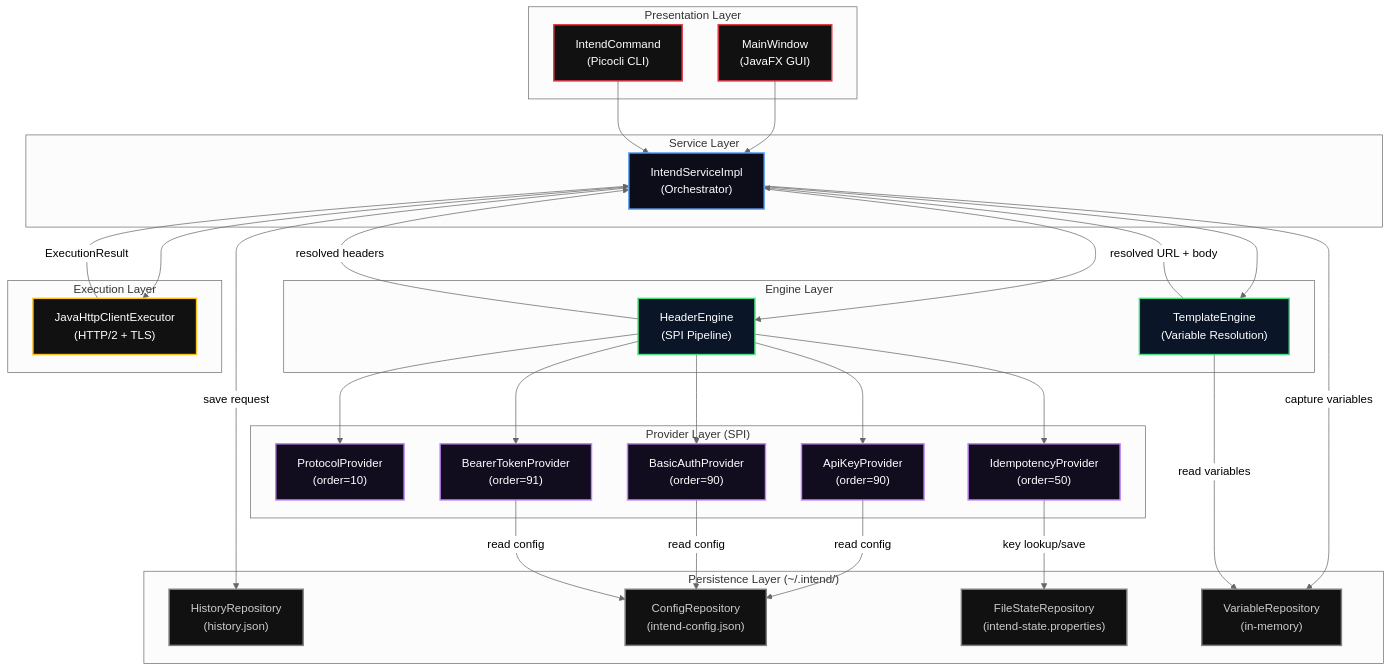
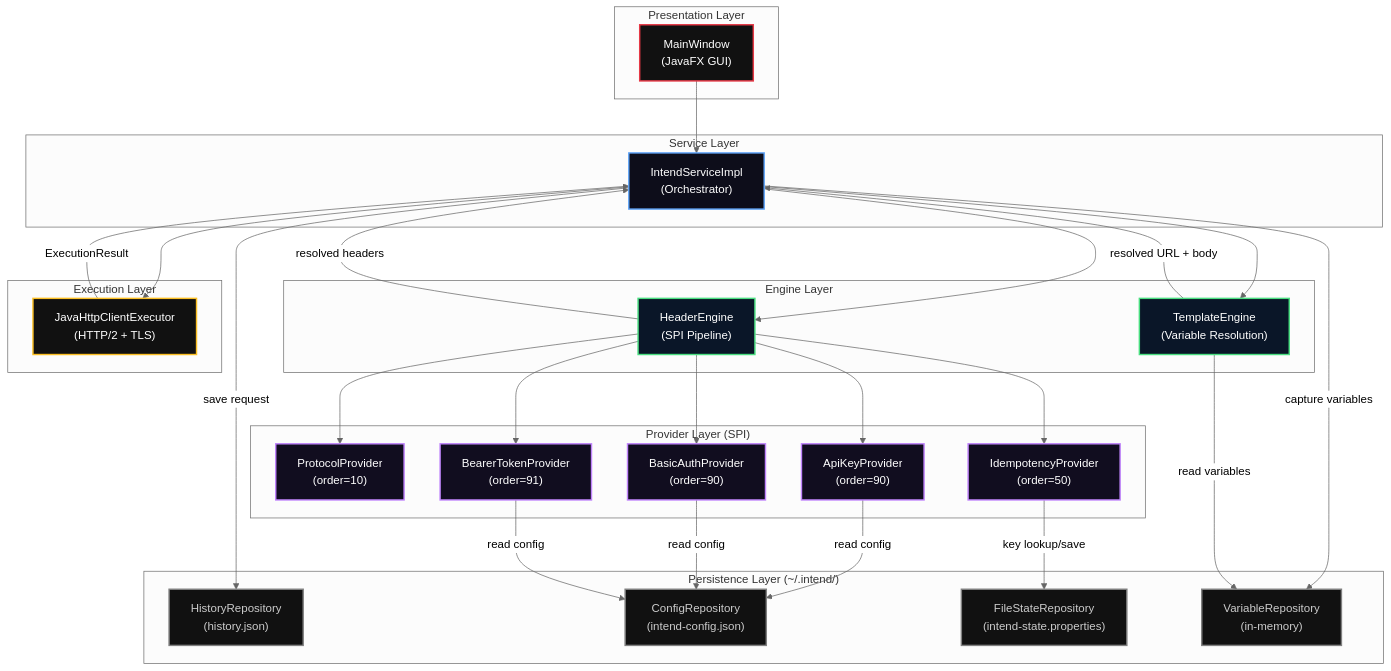
The first of 3 diagrams in docs/HLD.md (Pskuntal1248/http-client-INTEND), drawn with Mermaid (neutral theme) before and after one commit. The commit also changed other lines of this file and 4 other files, not shown here.

````diff
--- a/docs/HLD.md
+++ b/docs/HLD.md
@@ -46,70 +46,68 @@
 ```mermaid
 flowchart TB
     subgraph PRESENTATION["Presentation Layer"]
         MW["MainWindow\n(JavaFX GUI)"]
-        CLI["IntendCommand\n(Picocli CLI)"]
     end
 
     subgraph SERVICE["Service Layer"]
         IS["IntendServiceImpl\n(Orchestrator)"]
     end
 
     subgraph ENGINE["Engine Layer"]
         TE["TemplateEngine\n(Variable Resolution)"]
         HE["HeaderEngine\n(SPI Pipeline)"]
     end
 
     subgraph PROVIDERS["Provider Layer (SPI)"]
         PP["ProtocolProvider\n(order=10)"]
         IP["IdempotencyProvider\n(order=50)"]
         AK["ApiKeyProvider\n(order=90)"]
         BA["BasicAuthProvider\n(order=90)"]
         BT["BearerTokenProvider\n(order=91)"]
     end
 
     subgraph EXECUTION["Execution Layer"]
         RE["JavaHttpClientExecutor\n(HTTP/2 + TLS)"]
     end
 
     subgraph PERSISTENCE["Persistence Layer (~/.intend/)"]
         HR["HistoryRepository\n(history.json)"]
         CR["ConfigRepository\n(intend-config.json)"]
         SR["FileStateRepository\n(intend-state.properties)"]
         VR["VariableRepository\n(in-memory)"]
     end
 
     MW --> IS
-    CLI --> IS
     IS --> TE
     IS --> HE
     IS --> RE
     IS -->|"save request"| HR
     IS -->|"capture variables"| VR
     TE -->|"resolved URL + body"| IS
     TE -->|"read variables"| VR
     HE --> PP
     HE --> IP
     HE --> AK
     HE --> BA
     HE --> BT
     HE -->|"resolved headers"| IS
     RE -->|"ExecutionResult"| IS
     IP -->|"key lookup/save"| SR
     AK -->|"read config"| CR
     BA -->|"read config"| CR
     BT -->|"read config"| CR
 
     classDef guiStyle fill:#111111,stroke:#E63946,stroke-width:2px,color:#ffffff
     classDef serviceStyle fill:#0d0d1a,stroke:#60A5FA,stroke-width:2px,color:#ffffff
     classDef engineStyle fill:#0a1628,stroke:#4ADE80,stroke-width:2px,color:#ffffff
     classDef providerStyle fill:#110d1f,stroke:#C084FC,stroke-width:2px,color:#ffffff
     classDef execStyle fill:#111111,stroke:#FBBF24,stroke-width:2px,color:#ffffff
     classDef persistStyle fill:#111111,stroke:#808080,stroke-width:2px,color:#cccccc
 
-    class MW,CLI guiStyle
+    class MW guiStyle
     class IS serviceStyle
     class TE,HE engineStyle
     class PP,IP,AK,BA,BT providerStyle
     class RE execStyle
     class HR,CR,SR,VR persistStyle
 ```
````
